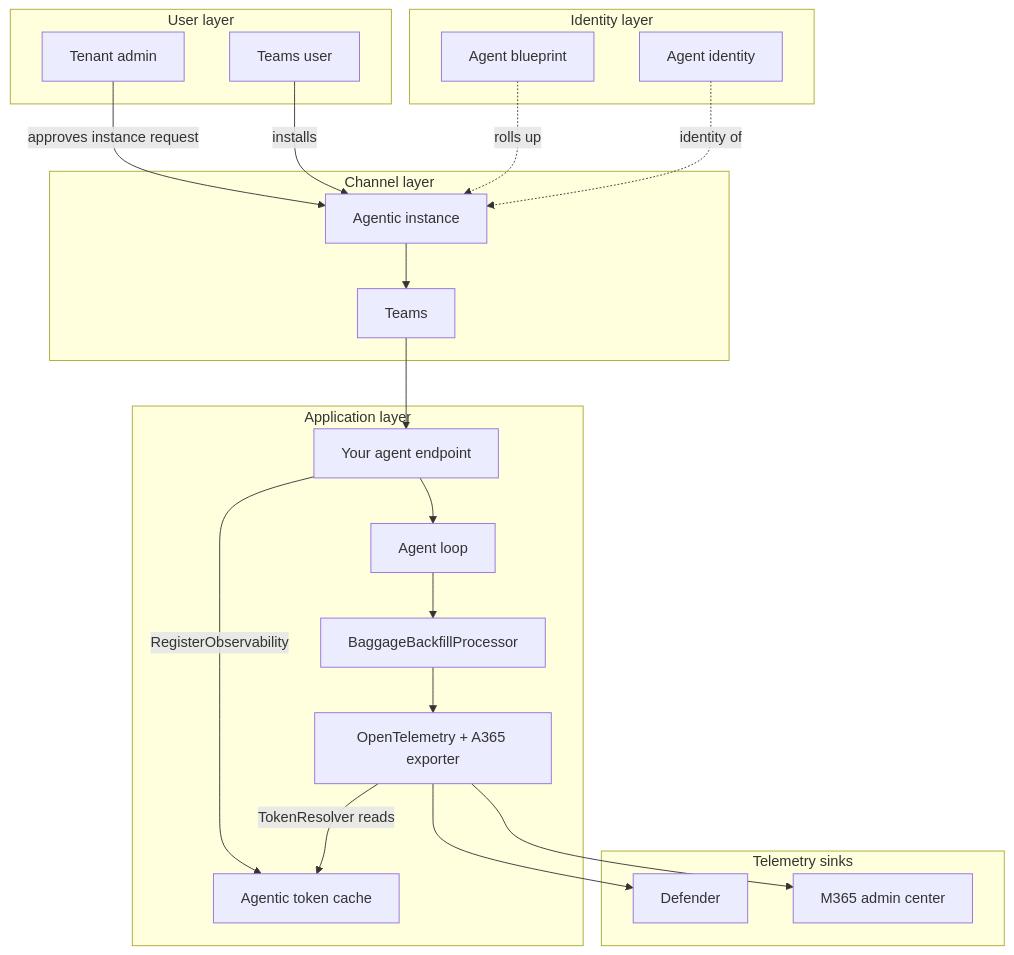
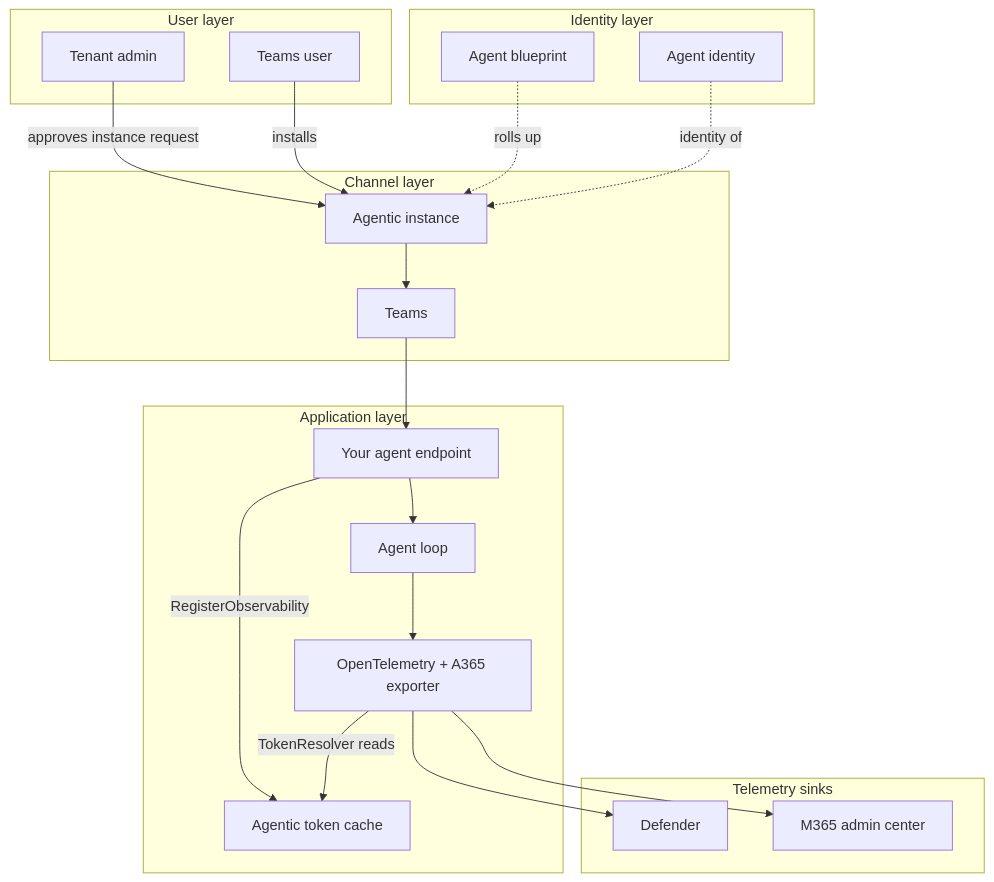
One commit to qmatteoq/agent365-runbook changed the first of 3 diagrams in 01-scenarios/AI-Teammate-Agent-Identity/2.Architecture.md. Above: the diagram before and after it, drawn with Mermaid. The commit also changed other lines of this file and 1 other file, not shown here.

````diff
--- a/01-scenarios/AI-Teammate-Agent-Identity/2.Architecture.md
+++ b/01-scenarios/AI-Teammate-Agent-Identity/2.Architecture.md
@@ -5,42 +5,41 @@
 ```mermaid
 flowchart TD
     subgraph User["User layer"]
         TU[Teams user]
         ADM[Tenant admin]
     end
 
     subgraph Channel["Channel layer"]
         TC[Teams]
         INST[Agentic instance]
     end
 
     subgraph App["Application layer"]
         EP[Your agent endpoint]
         AGT[Agent loop]
         CACHE[Agentic token cache]
-        BP2[BaggageBackfillProcessor]
         OT[OpenTelemetry + A365 exporter]
     end
 
     subgraph Identity["Identity layer"]
         BLU[Agent blueprint]
         AID[Agent identity]
     end
 
     subgraph Sinks["Telemetry sinks"]
         DEF[Defender]
         MAC[M365 admin center]
     end
 
     ADM -->|approves instance request| INST
     TU -->|installs| INST
     INST --> TC --> EP
     EP --> AGT
     EP -->|RegisterObservability| CACHE
-    AGT --> BP2 --> OT
+    AGT --> OT
     OT -->|TokenResolver reads| CACHE
     BLU -.rolls up.-> INST
     AID -.identity of.-> INST
     OT --> DEF
     OT --> MAC
 ```
````
